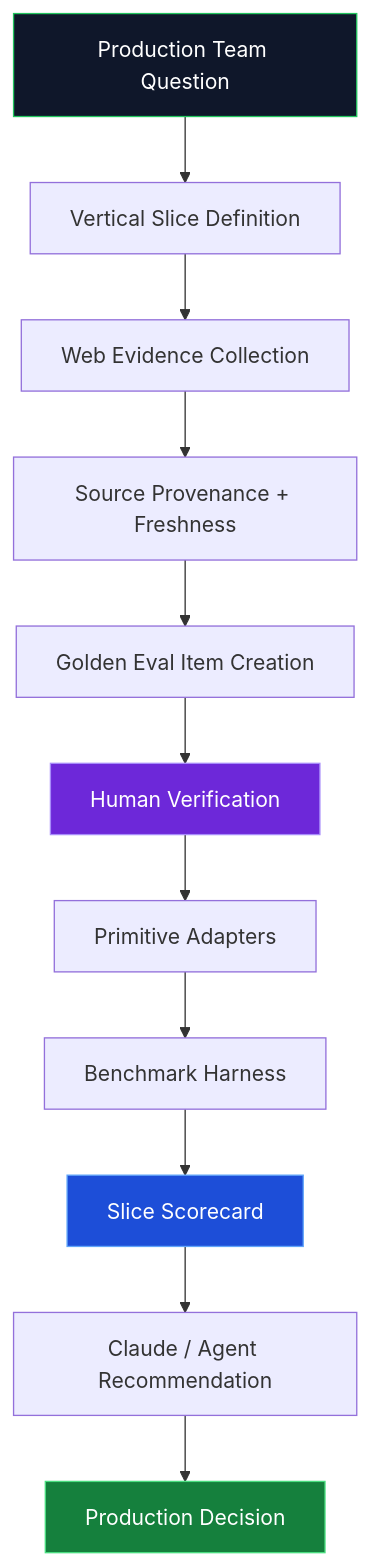
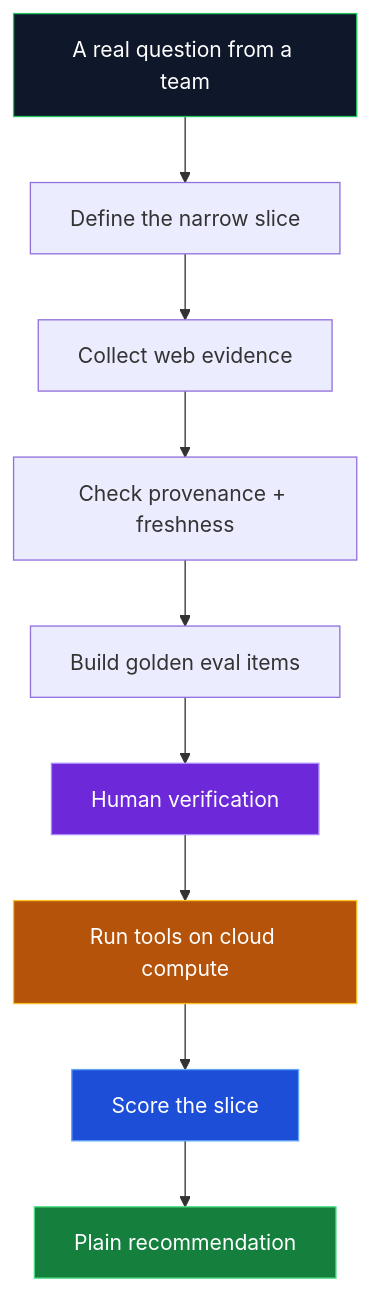
One commit to arlenk2021/arlenk2021 changed the third of 3 diagrams in README.md. Above: the diagram before and after it, drawn with Mermaid. The commit also changed other lines of this file, not shown here.

First line of the commit message:
Rewrite README: humbler, relatable, IR-patents depth, cloud compute

````diff
--- a/README.md
+++ b/README.md
@@ -158,17 +176,16 @@
 ```mermaid
 flowchart TD
-    A[Production Team Question]:::dark --> B[Vertical Slice Definition]
-    B --> C[Web Evidence Collection]
-    C --> D[Source Provenance + Freshness]
-    D --> E[Golden Eval Item Creation]
-    E --> F[Human Verification]:::purple
-    F --> G[Primitive Adapters]
-    G --> H[Benchmark Harness]
-    H --> I[Slice Scorecard]:::blue
-    I --> J[Claude / Agent Recommendation]
-    J --> K[Production Decision]:::green
+    A[A real question from a team]:::dark --> B[Define the narrow slice]
+    B --> C[Collect web evidence]
+    C --> D[Check provenance + freshness]
+    D --> E[Build golden eval items]
+    E --> F[Human verification]:::purple
+    F --> G[Run tools on cloud compute]:::amber
+    G --> H[Score the slice]:::blue
+    H --> I[Plain recommendation]:::green
     classDef dark fill:#0f172a,color:#fff,stroke:#22c55e
     classDef purple fill:#6d28d9,color:#fff,stroke:#a78bfa
+    classDef amber fill:#b45309,color:#fff,stroke:#fbbf24
     classDef blue fill:#1d4ed8,color:#fff,stroke:#60a5fa
     classDef green fill:#15803d,color:#fff,stroke:#4ade80
 ```
````
